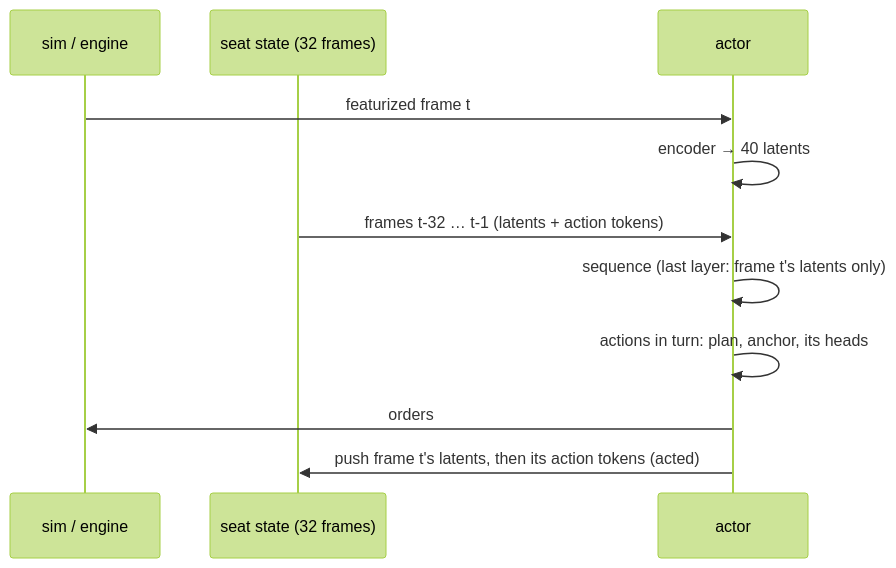
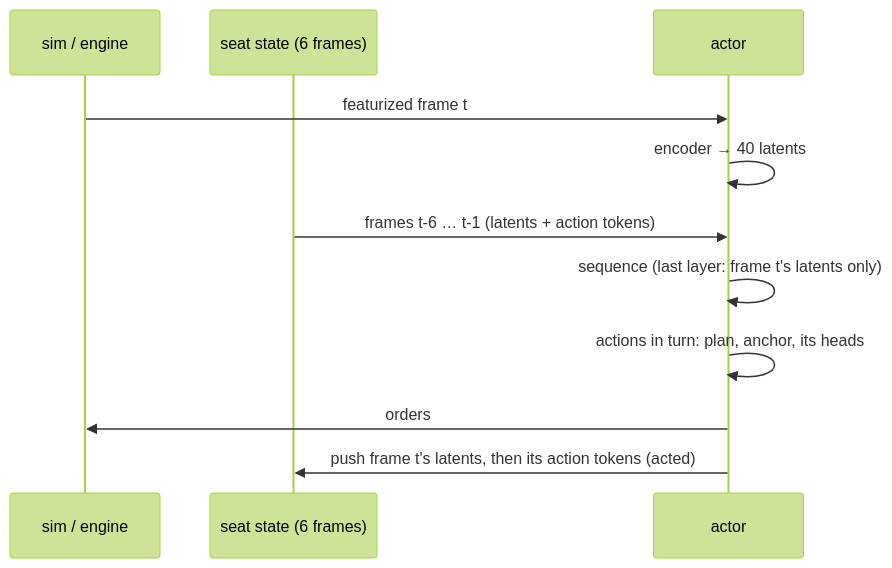
The tenth of 11 diagrams in docs/model.md (pts1667/zk-ArenaAI), drawn with Mermaid (forest theme) before and after one commit. The commit also changed other lines of this file and 39 other files, not shown here.

````diff
--- a/docs/model.md
+++ b/docs/model.md
@@ -328,13 +366,13 @@
 ```mermaid
 sequenceDiagram
     participant Env as sim / engine
-    participant Seat as seat state (32 frames)
+    participant Seat as seat state (6 frames)
     participant Pol as actor
     Env->>Pol: featurized frame t
     Pol->>Pol: encoder → 40 latents
-    Seat->>Pol: frames t-32 … t-1 (latents + action tokens)
+    Seat->>Pol: frames t-6 … t-1 (latents + action tokens)
     Pol->>Pol: sequence (last layer: frame t's latents only)
     Pol->>Pol: actions in turn: plan, anchor, its heads
     Pol->>Env: orders
     Pol->>Seat: push frame t's latents, then its action tokens (acted)
 ```
````
